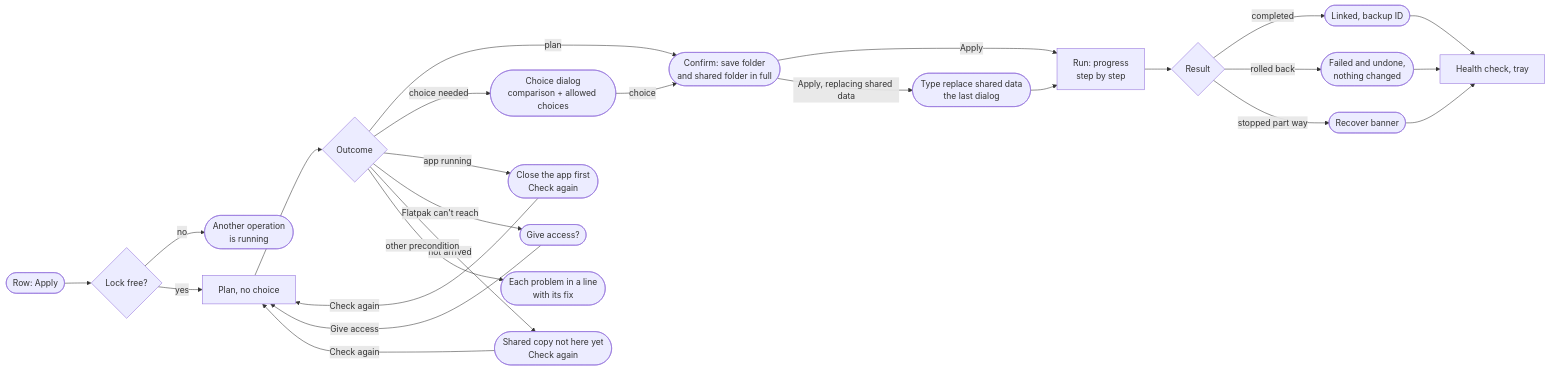
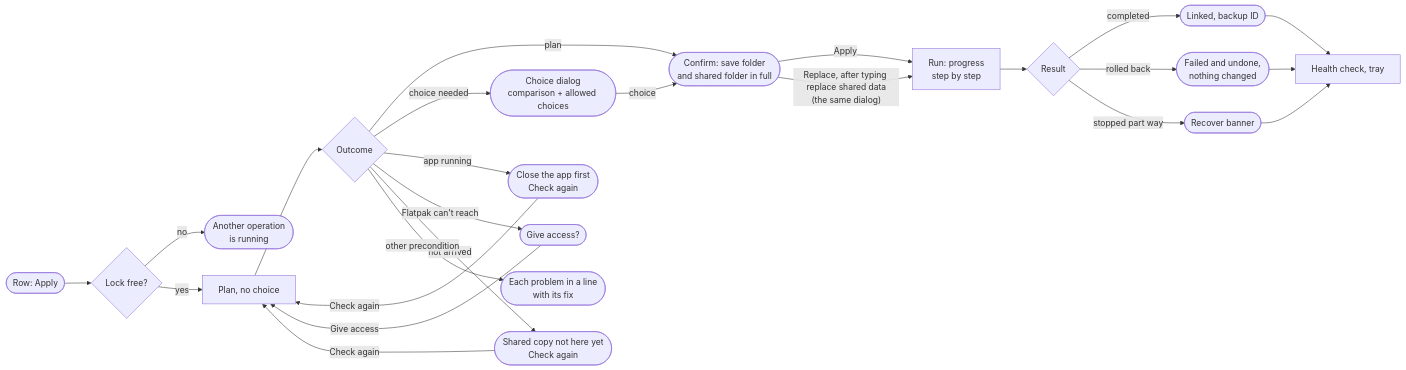
Before and after one commit to carlocgc/SaveTether: the third of 5 diagrams in docs/design/desktop-app-spec.md, drawn with Mermaid. The commit also changed other lines of this file and 18 other files, not shown here.

````diff
--- a/docs/design/desktop-app-spec.md
+++ b/docs/design/desktop-app-spec.md
@@ -490,26 +491,26 @@
 ```mermaid
 flowchart LR
   A(["Row: Apply"]) --> LK{"Lock free?"}
   LK -- no --> BUSY(["Another operation<br/>is running"])
   LK -- yes --> P["Plan, no choice"]
   P --> O{"Outcome"}
   O -- "plan" --> CF(["Confirm: save folder<br/>and shared folder in full"])
   O -- "choice needed" --> CD(["Choice dialog<br/>comparison + allowed choices"])
   O -- "app running" --> RUN(["Close the app first<br/>Check again"])
   O -- "Flatpak can't reach" --> GR(["Give access?"])
   O -- "not arrived" --> NA(["Shared copy not here yet<br/>Check again"])
   O -- "other precondition" --> PRE(["Each problem in a line<br/>with its fix"])
   RUN -- "Check again" --> P
   GR -- "Give access" --> P
   NA -- "Check again" --> P
   CD -- "choice" --> CF
   CF -- "Apply" --> GO["Run: progress<br/>step by step"]
-  CF -- "Apply, replacing shared data" --> RC(["Type replace shared data<br/>the last dialog"]) --> GO
+  CF -- "Replace, after typing replace shared data<br/>(the same dialog)" --> GO
   GO --> RES{"Result"}
   RES -- "completed" --> OK(["Linked, backup ID"])
   RES -- "rolled back" --> RB(["Failed and undone,<br/>nothing changed"])
   RES -- "stopped part way" --> RV(["Recover banner"])
   OK --> H["Health check, tray"]
   RB --> H
   RV --> H
 ```
````
